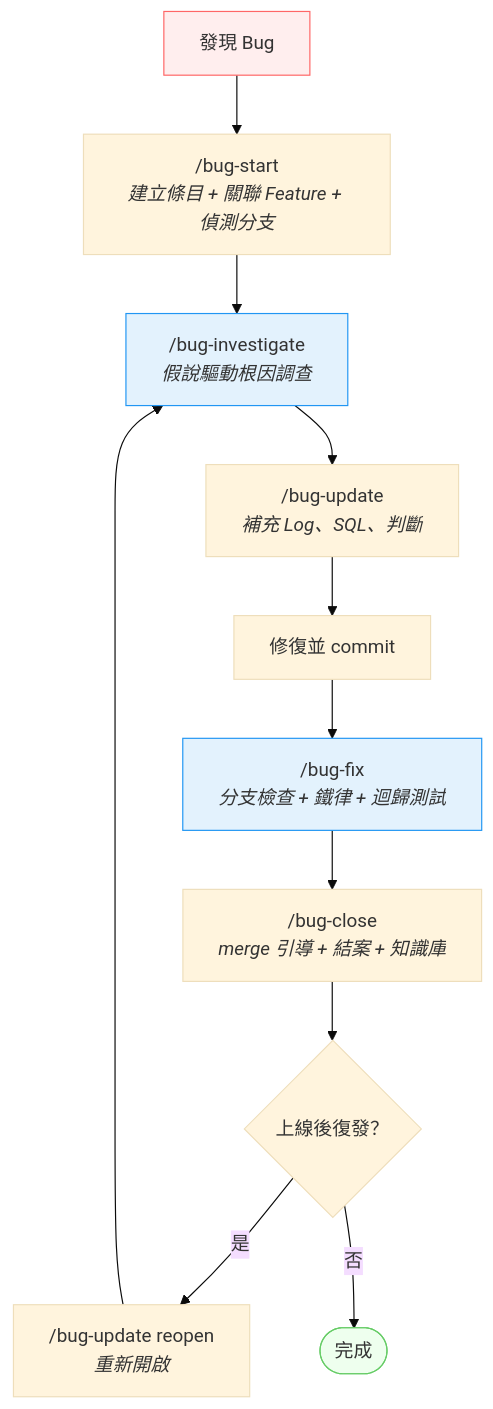
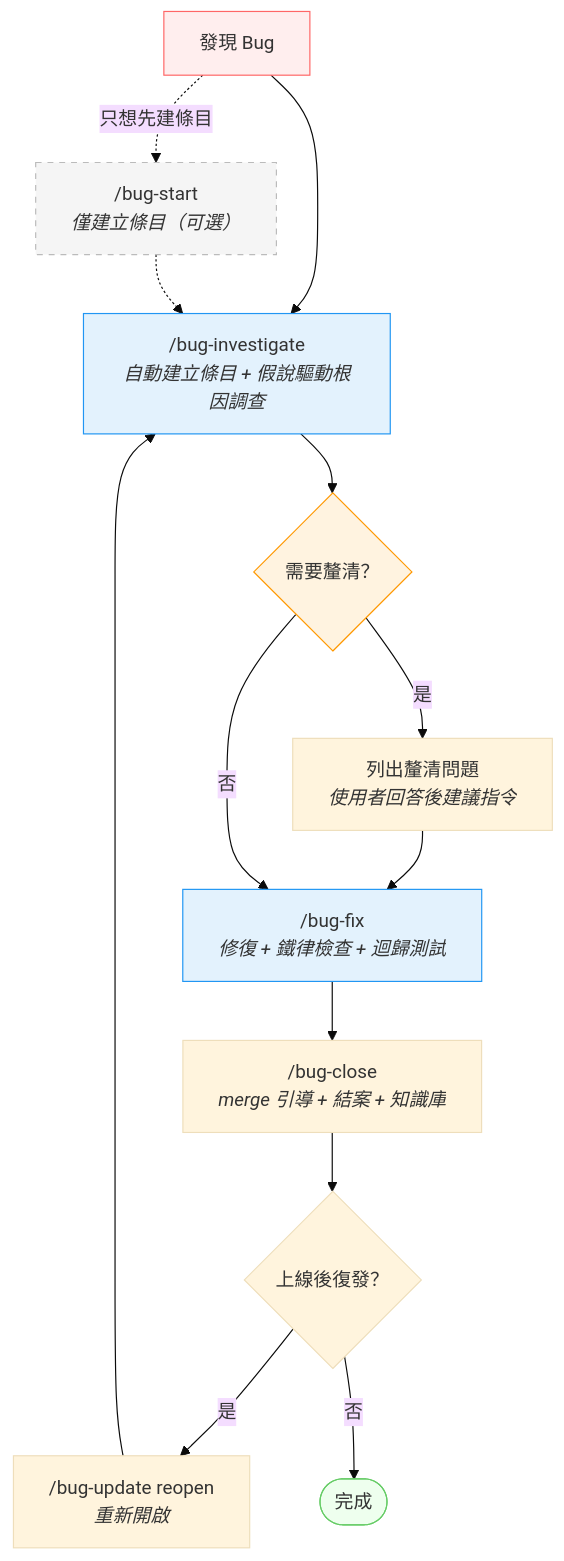
One commit to Stcfinch/crew changed the diagram in plugins/bug-workflow/README.md. Above: the diagram before and after it, drawn with Mermaid (base theme). The commit also changed other lines of this file and 9 other files, not shown here.

First line of the commit message:
feat(bug-workflow): investigate 改為主入口 + 釐清問題機制，升版至 v3.8.0

````diff
--- a/plugins/bug-workflow/README.md
+++ b/plugins/bug-workflow/README.md
@@ -78,21 +78,29 @@
 ```mermaid
 flowchart TD
     discover["發現 Bug"]
-    start["/bug-start<br/><i>建立條目 + 關聯 Feature + 偵測分支</i>"]
-    investigate["/bug-investigate<br/><i>假說驅動根因調查</i>"]
-    update["/bug-update<br/><i>補充 Log、SQL、判斷</i>"]
-    fix["修復並 commit"]
-    bugfix["/bug-fix<br/><i>分支檢查 + 鐵律 + 迴歸測試</i>"]
+    investigate["/bug-investigate<br/><i>自動建立條目 + 假說驅動根因調查</i>"]
+    clarify{"需要釐清？"}
+    clarifyStep["列出釐清問題<br/><i>使用者回答後建議指令</i>"]
+    fix["/bug-fix<br/><i>修復 + 鐵律檢查 + 迴歸測試</i>"]
     close["/bug-close<br/><i>merge 引導 + 結案 + 知識庫</i>"]
     reopen{上線後復發？}
     reopenCmd["/bug-update reopen<br/><i>重新開啟</i>"]
+    startOpt["/bug-start<br/><i>僅建立條目（可選）</i>"]
 
-    discover --> start --> investigate --> update --> fix --> bugfix --> close --> reopen
+    discover --> investigate
+    investigate --> clarify
+    clarify -- "是" --> clarifyStep --> fix
+    clarify -- "否" --> fix
+    fix --> close --> reopen
     reopen -- "是" --> reopenCmd --> investigate
     reopen -- "否" --> done(["完成"])
+
+    discover -. "只想先建條目" .-> startOpt .-> investigate
 
     style discover fill:#fee,stroke:#f66
     style done fill:#efe,stroke:#6c6
     style investigate fill:#e3f2fd,stroke:#2196f3
-    style bugfix fill:#e3f2fd,stroke:#2196f3
+    style fix fill:#e3f2fd,stroke:#2196f3
+    style clarify fill:#fff3e0,stroke:#ff9800
+    style startOpt fill:#f5f5f5,stroke:#bbb,stroke-dasharray: 5 5
 ```
````
